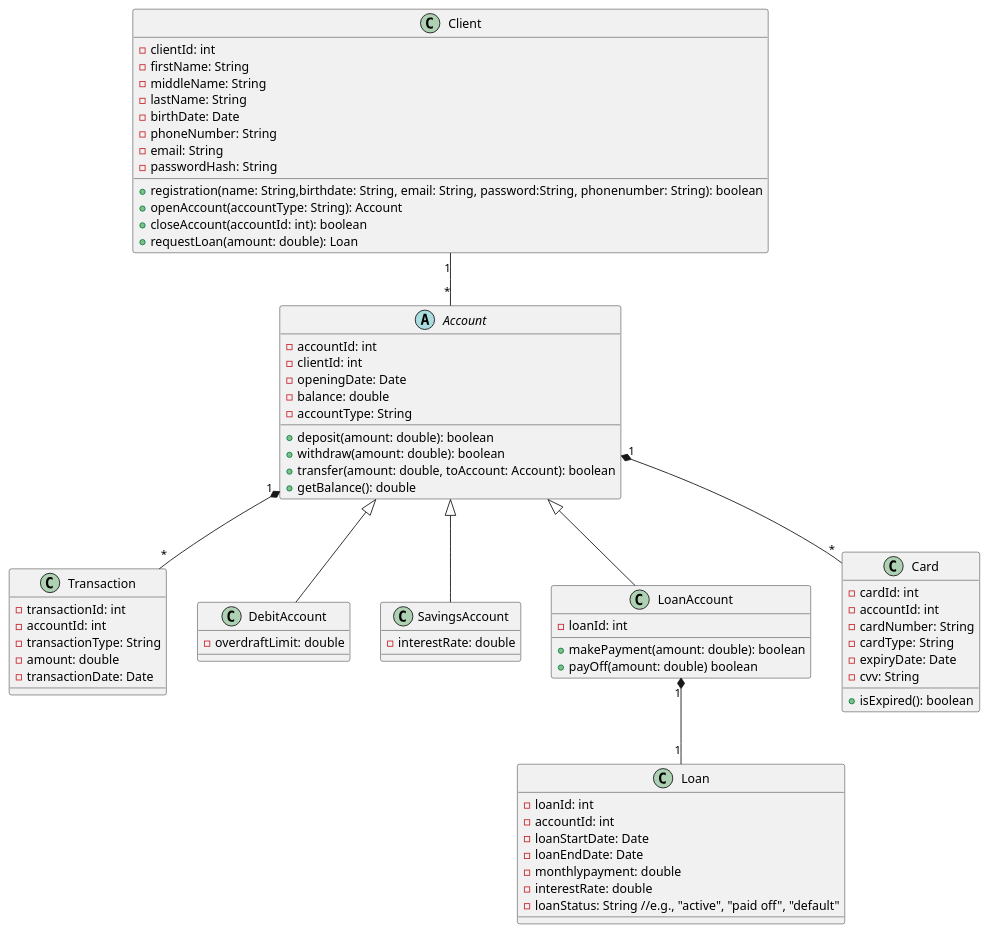
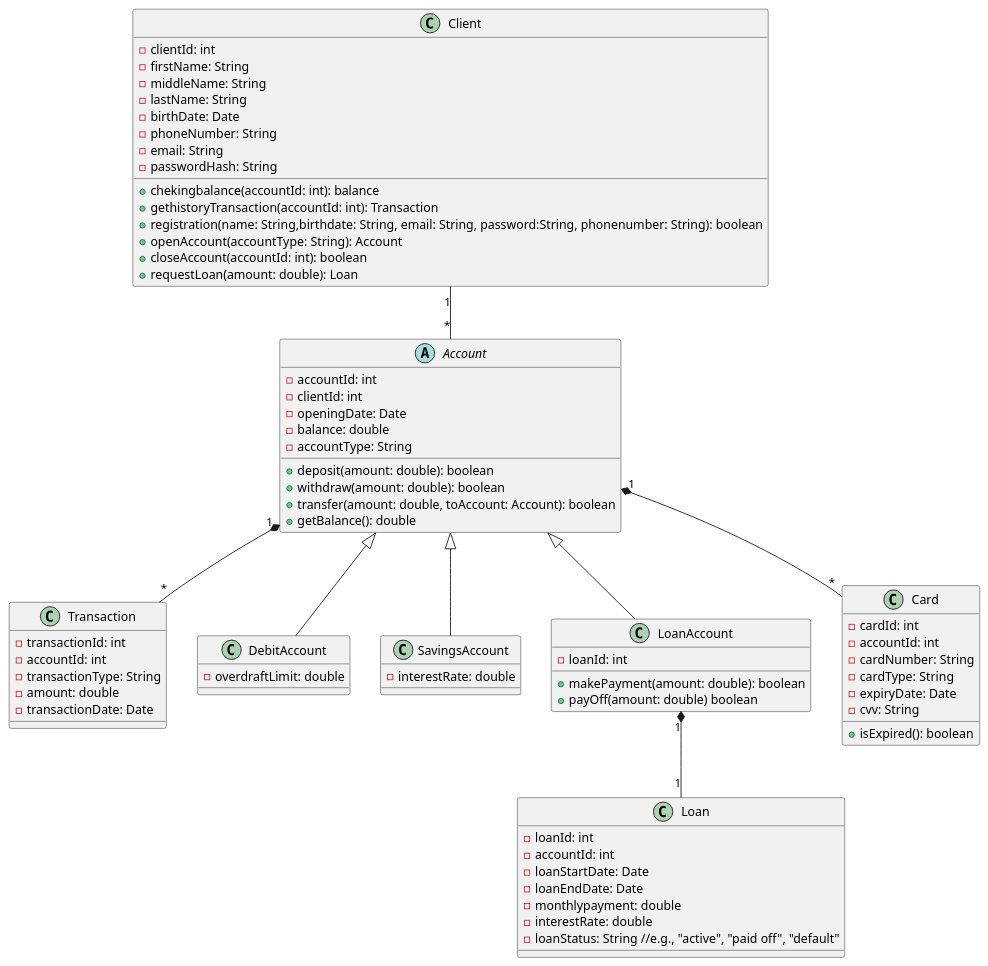
One commit to nadyahse2/UML_diagrams changed the diagram in Uml_class.puml. Above: the diagram before and after it, drawn with PlantUML.

```diff
--- a/Uml_class.puml
+++ b/Uml_class.puml
@@ -1,81 +1,83 @@
 @startuml
 class Client {
     - clientId: int
     - firstName: String
     - middleName: String
     - lastName: String
     - birthDate: Date
     - phoneNumber: String
     - email: String
     - passwordHash: String
+    + chekingbalance(accountId: int): balance
+    + gethistoryTransaction(accountId: int): Transaction
     + registration(name: String,birthdate: String, email: String, password:String, phonenumber: String): boolean
     + openAccount(accountType: String): Account 
     + closeAccount(accountId: int): boolean
     + requestLoan(amount: double): Loan
 }
 class Transaction {
     - transactionId: int
     - accountId: int
     - transactionType: String
     - amount: double
     - transactionDate: Date
 }
 
 abstract class Account {
     - accountId: int
     - clientId: int
     - openingDate: Date
     - balance: double
     - accountType: String
     + deposit(amount: double): boolean
     + withdraw(amount: double): boolean
     + transfer(amount: double, toAccount: Account): boolean
     + getBalance(): double
 }
 
 class DebitAccount extends Account {
     - overdraftLimit: double
 }
 
 class SavingsAccount extends Account {
     - interestRate: double
 }
 
 class LoanAccount extends Account {
     - loanId: int
     + makePayment(amount: double): boolean
     + payOff(amount: double) boolean
 
 }
 
 class Loan {
     - loanId: int
     - accountId: int  
     - loanStartDate: Date
     - loanEndDate: Date
     - monthlypayment: double 
     - interestRate: double
     - loanStatus: String //e.g., "active", "paid off", "default"
     
 }
 
 
 
 
 
 class Card {
     - cardId: int
     - accountId: int
     - cardNumber: String
     - cardType: String
     - expiryDate: Date
     - cvv: String
     + isExpired(): boolean
 }
 
 
 Client "1" -- "*" Account
 Account "1" *-- "*" Transaction
 Account "1" *-- "*" Card
 LoanAccount "1" *-- "1" Loan
 @enduml
```
